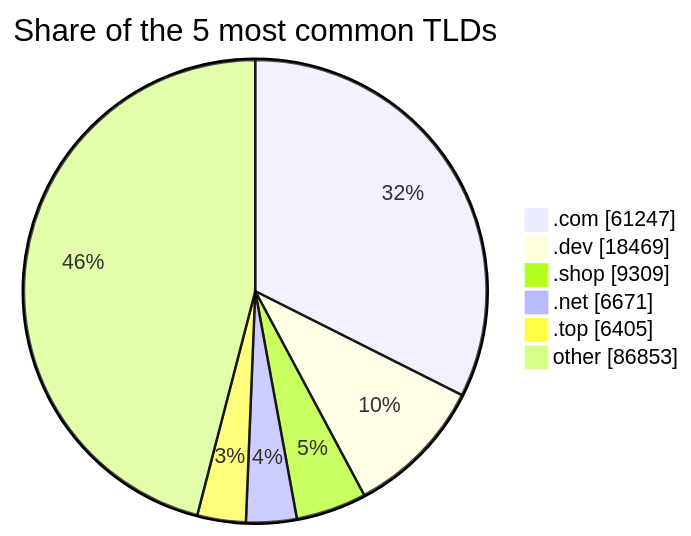
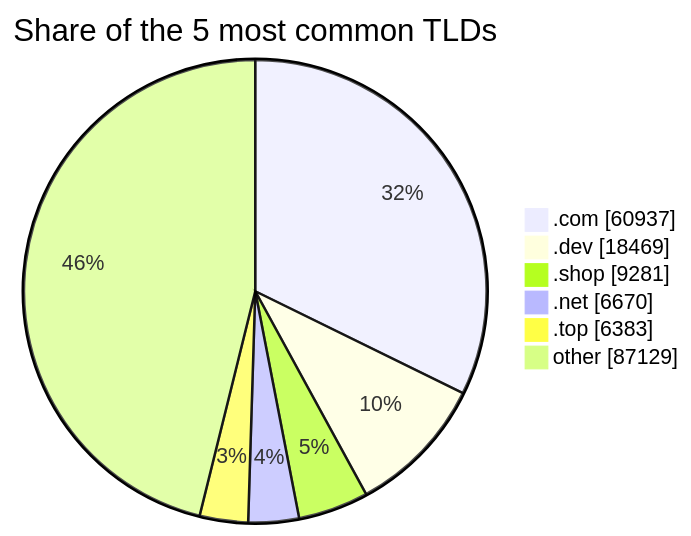
Before and after one commit to DNSBunker/CTI: the third of 3 diagrams in README.md, drawn with Mermaid. The commit also changed other lines of this file and 3 other files, not shown here.

````diff
--- a/README.md
+++ b/README.md
@@ -81,9 +81,9 @@
 ```mermaid
 pie showData title Share of the 5 most common TLDs
-    ".com" : 61247
+    ".com" : 60937
     ".dev" : 18469
-    ".shop" : 9309
-    ".net" : 6671
-    ".top" : 6405
-    "other" : 86853
+    ".shop" : 9281
+    ".net" : 6670
+    ".top" : 6383
+    "other" : 87129
 ```
````
